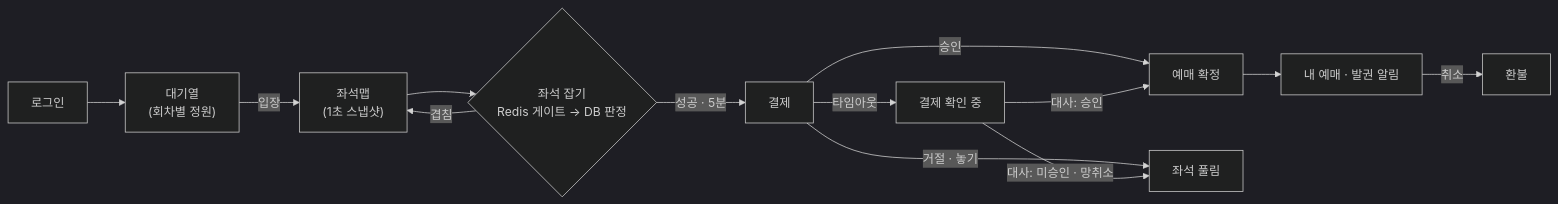
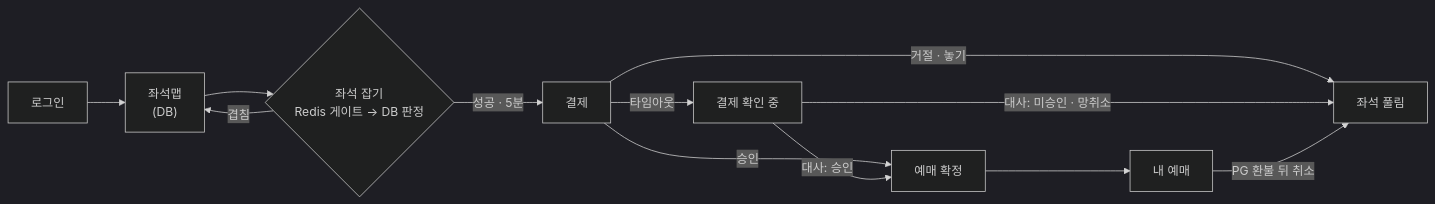
The first of 2 diagrams in README.md (AnTaeho/ticketing-system), drawn with Mermaid (dark theme) before and after one commit. The commit also changed other lines of this file and 1 other file, not shown here.

Commit message:
docs: README와 규약을 학습용 토이 범위에 맞췄다 — 대기열·좌석맵 캐시·Outbox·운영 현황·메트릭·부하 테스트를 걷어 내고 취소를 PG 환불 먼저로 바꿨는데 문서가 전체판을 설명하고 있어서

````diff
--- a/README.md
+++ b/README.md
@@ -39,15 +39,14 @@
 ```mermaid
 flowchart LR
-  L["로그인"] --> Q["대기열<br/>(회차별 정원)"]
-  Q -->|"입장"| M["좌석맵<br/>(1초 스냅샷)"]
+  L["로그인"] --> M["좌석맵<br/>(DB)"]
   M --> H{"좌석 잡기<br/>Redis 게이트 → DB 판정"}
   H -->|"겹침"| M
   H -->|"성공 · 5분"| P["결제"]
   P -->|"승인"| C["예매 확정"]
   P -->|"거절 · 놓기"| R["좌석 풀림"]
   P -->|"타임아웃"| U["결제 확인 중"]
   U -->|"대사: 승인"| C
   U -->|"대사: 미승인 · 망취소"| R
-  C --> B["내 예매 · 발권 알림"]
-  B -->|"취소"| RF["환불"]
+  C --> B["내 예매"]
+  B -->|"PG 환불 뒤 취소"| R
 ```
````
